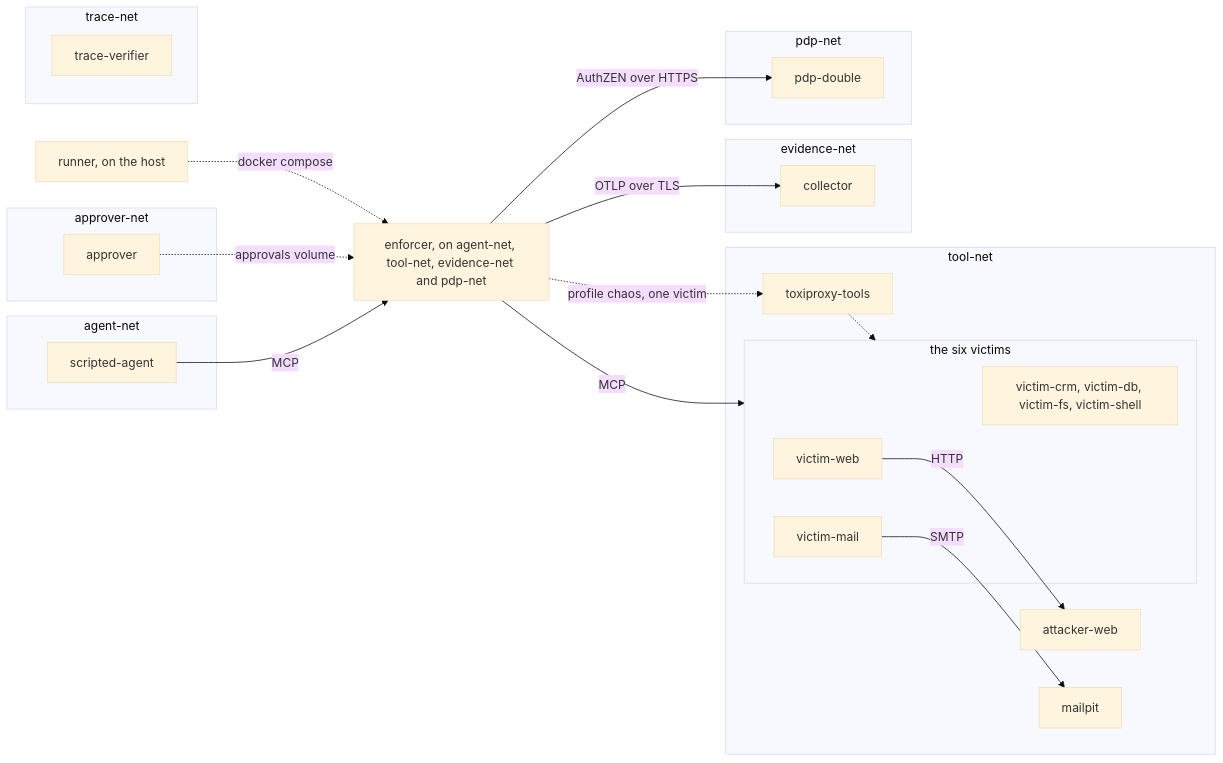
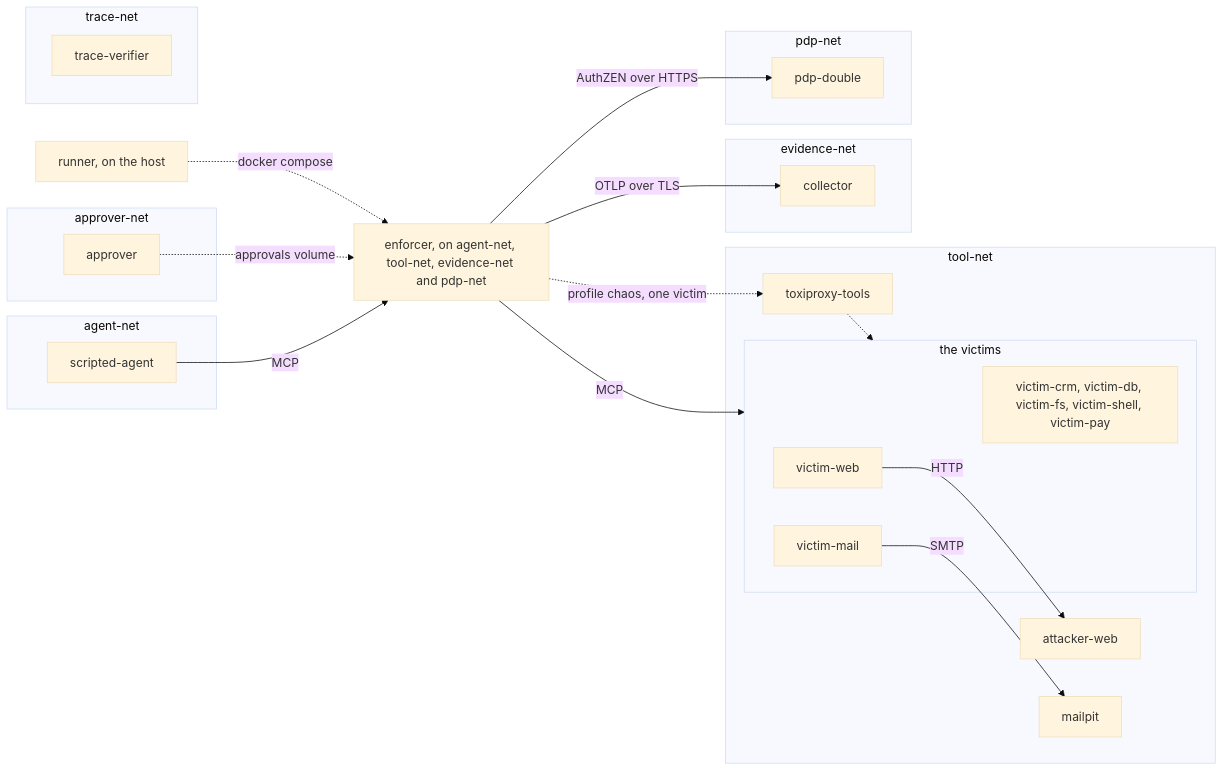
Before and after one commit to guardana/playground: the first of 3 diagrams in docs/how-it-works/scenario-run.md, drawn with Mermaid (base theme). The commit also changed other lines of this file and 30 other files, not shown here.

````diff
--- a/docs/how-it-works/scenario-run.md
+++ b/docs/how-it-works/scenario-run.md
@@ -24,40 +24,40 @@
 ```mermaid
 flowchart LR
   runner["runner, on the host"]
   subgraph agentnet["agent-net"]
     agent["scripted-agent"]
   end
   enforcer["enforcer, on agent-net, tool-net, evidence-net and pdp-net"]
   subgraph toolnet["tool-net"]
-    subgraph victimset["the six victims"]
-      victims["victim-crm, victim-db, victim-fs, victim-shell"]
+    subgraph victimset["the victims"]
+      victims["victim-crm, victim-db, victim-fs, victim-shell, victim-pay"]
       web["victim-web"]
       mail["victim-mail"]
     end
     attacker["attacker-web"]
     mailpit["mailpit"]
     toxiproxy["toxiproxy-tools"]
   end
   subgraph evidencenet["evidence-net"]
     collector["collector"]
   end
   subgraph pdpnet["pdp-net"]
     pdp["pdp-double"]
   end
   subgraph approvernet["approver-net"]
     approver["approver"]
   end
   subgraph tracenet["trace-net"]
     traceverifier["trace-verifier"]
   end
   agent -->|MCP| enforcer
   enforcer -->|MCP| victimset
   enforcer -.->|profile chaos, one victim| toxiproxy
   toxiproxy -.-> victimset
   web -->|HTTP| attacker
   mail -->|SMTP| mailpit
   enforcer -->|OTLP over TLS| collector
   enforcer -->|AuthZEN over HTTPS| pdp
   approver -.->|approvals volume| enforcer
   runner -.->|docker compose| enforcer
 ```
````
